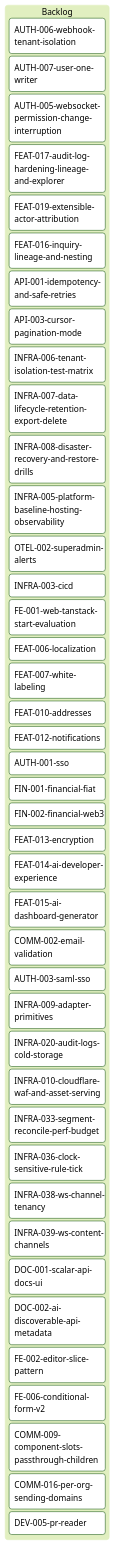
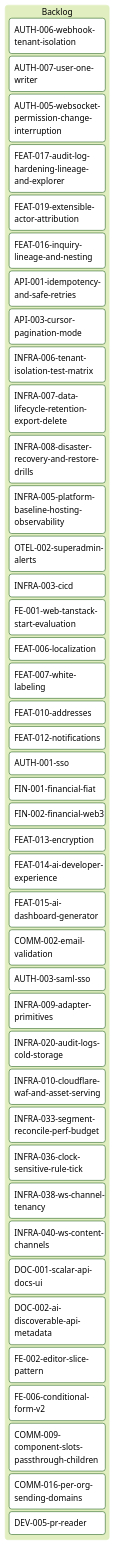
One commit to inixiative/template changed the diagram in tickets/kanban-backlog.md. Above: the diagram before and after it, drawn with Mermaid (forest theme). The commit also changed other lines of this file and 54 other files, not shown here.

````diff
--- a/tickets/kanban-backlog.md
+++ b/tickets/kanban-backlog.md
@@ -3,50 +3,50 @@
 ```mermaid
 ---
 config:
   kanban:
     ticketBaseUrl: 'https://github.com/yourorg/template/blob/main/tickets/#TICKET#'
 ---
 kanban
   Backlog
     AUTH-006-webhook-tenant-isolation
     AUTH-007-user-one-writer
     AUTH-005-websocket-permission-change-interruption
     FEAT-017-audit-log-hardening-lineage-and-explorer
     FEAT-019-extensible-actor-attribution
     FEAT-016-inquiry-lineage-and-nesting
     API-001-idempotency-and-safe-retries
     API-003-cursor-pagination-mode
     INFRA-006-tenant-isolation-test-matrix
     INFRA-007-data-lifecycle-retention-export-delete
     INFRA-008-disaster-recovery-and-restore-drills
     INFRA-005-platform-baseline-hosting-observability
     OTEL-002-superadmin-alerts
     INFRA-003-cicd
     FE-001-web-tanstack-start-evaluation
     FEAT-006-localization
     FEAT-007-white-labeling
     FEAT-010-addresses
     FEAT-012-notifications
     AUTH-001-sso
     FIN-001-financial-fiat
     FIN-002-financial-web3
     FEAT-013-encryption
     FEAT-014-ai-developer-experience
     FEAT-015-ai-dashboard-generator
     COMM-002-email-validation
     AUTH-003-saml-sso
     INFRA-009-adapter-primitives
     INFRA-020-audit-logs-cold-storage
     INFRA-010-cloudflare-waf-and-asset-serving
     INFRA-033-segment-reconcile-perf-budget
     INFRA-036-clock-sensitive-rule-tick
     INFRA-038-ws-channel-tenancy
-    INFRA-039-ws-content-channels
+    INFRA-040-ws-content-channels
     DOC-001-scalar-api-docs-ui
     DOC-002-ai-discoverable-api-metadata
     FE-002-editor-slice-pattern
     FE-006-conditional-form-v2
     COMM-009-component-slots-passthrough-children
     COMM-016-per-org-sending-domains
     DEV-005-pr-reader
 ```
````
